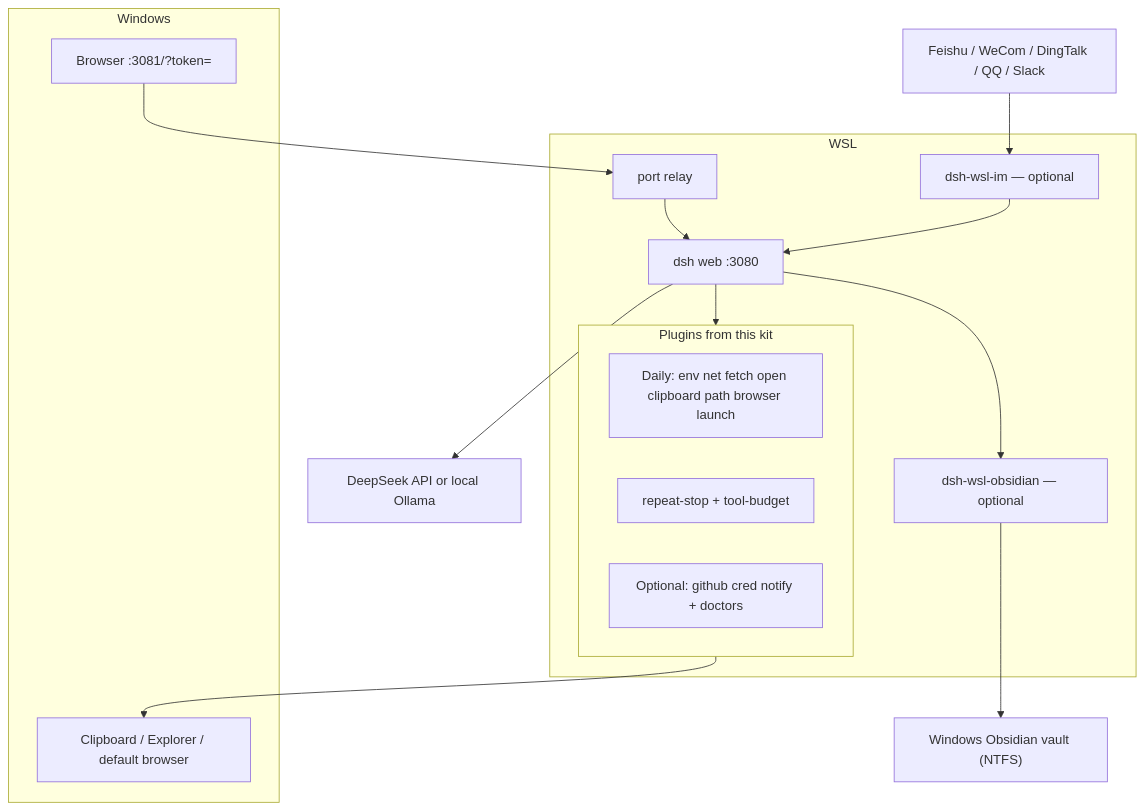
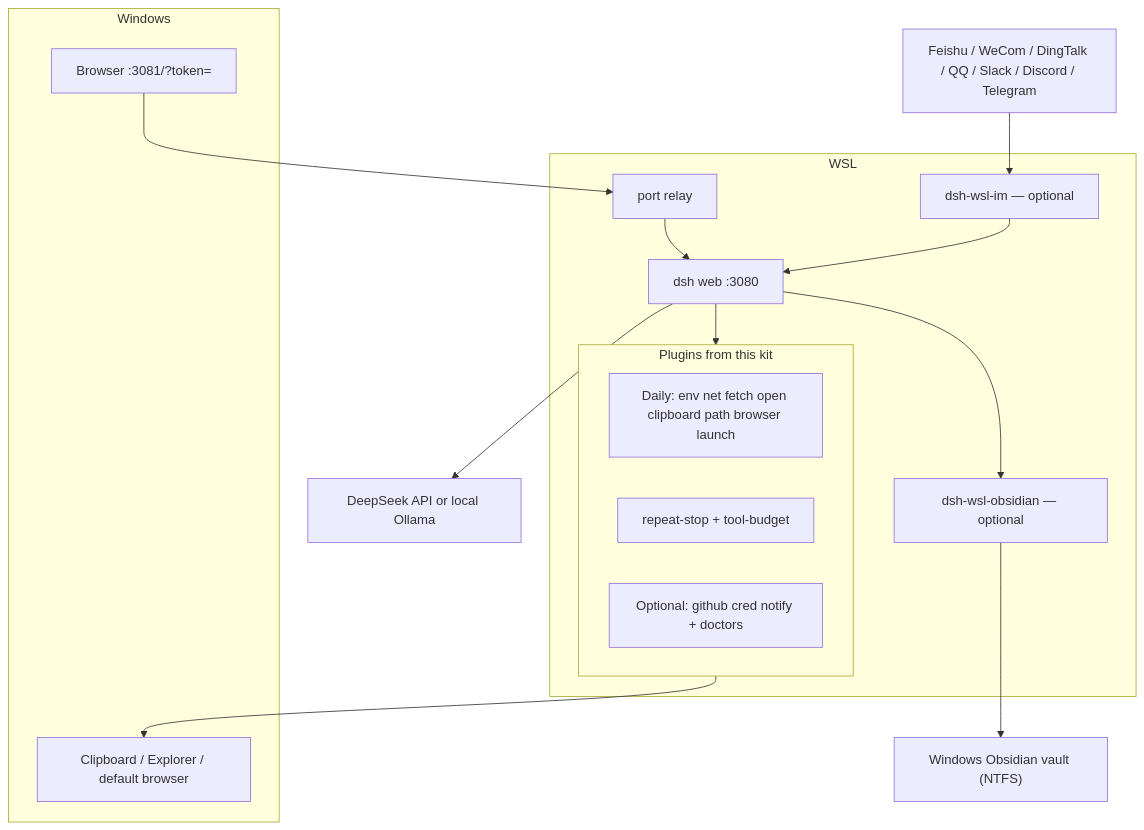
One commit to 173787247/dsh-wsl-kit changed the diagram in README.md. Above: the diagram before and after it, drawn with Mermaid. The commit also changed other lines of this file and 2 other files, not shown here.

First line of the commit message:
docs: bump dsh-wsl-im to 0.3.2 with Discord and Telegram

````diff
--- a/README.md
+++ b/README.md
@@ -15,29 +15,29 @@
 ```mermaid
 flowchart TB
   subgraph win [Windows]
     browser["Browser :3081/?token="]
     host["Clipboard / Explorer / default browser"]
   end
   subgraph wslbox [WSL]
     relay["port relay"]
     dsh["dsh web :3080"]
     subgraph plugins [Plugins from this kit]
       daily["Daily: env net fetch open clipboard path browser launch"]
       guards["repeat-stop + tool-budget"]
       more["Optional: github cred notify + doctors"]
     end
     im["dsh-wsl-im — optional"]
     obsidian["dsh-wsl-obsidian — optional"]
   end
   llm["DeepSeek API or local Ollama"]
-  chats["Feishu / WeCom / DingTalk / QQ / Slack"]
+  chats["Feishu / WeCom / DingTalk / QQ / Slack / Discord / Telegram"]
   vault["Windows Obsidian vault (NTFS)"]
 
   browser --> relay --> dsh
   dsh --> plugins
   dsh --> llm
   plugins --> host
   chats --> im --> dsh
   obsidian --> vault
   dsh --> obsidian
 ```
````
